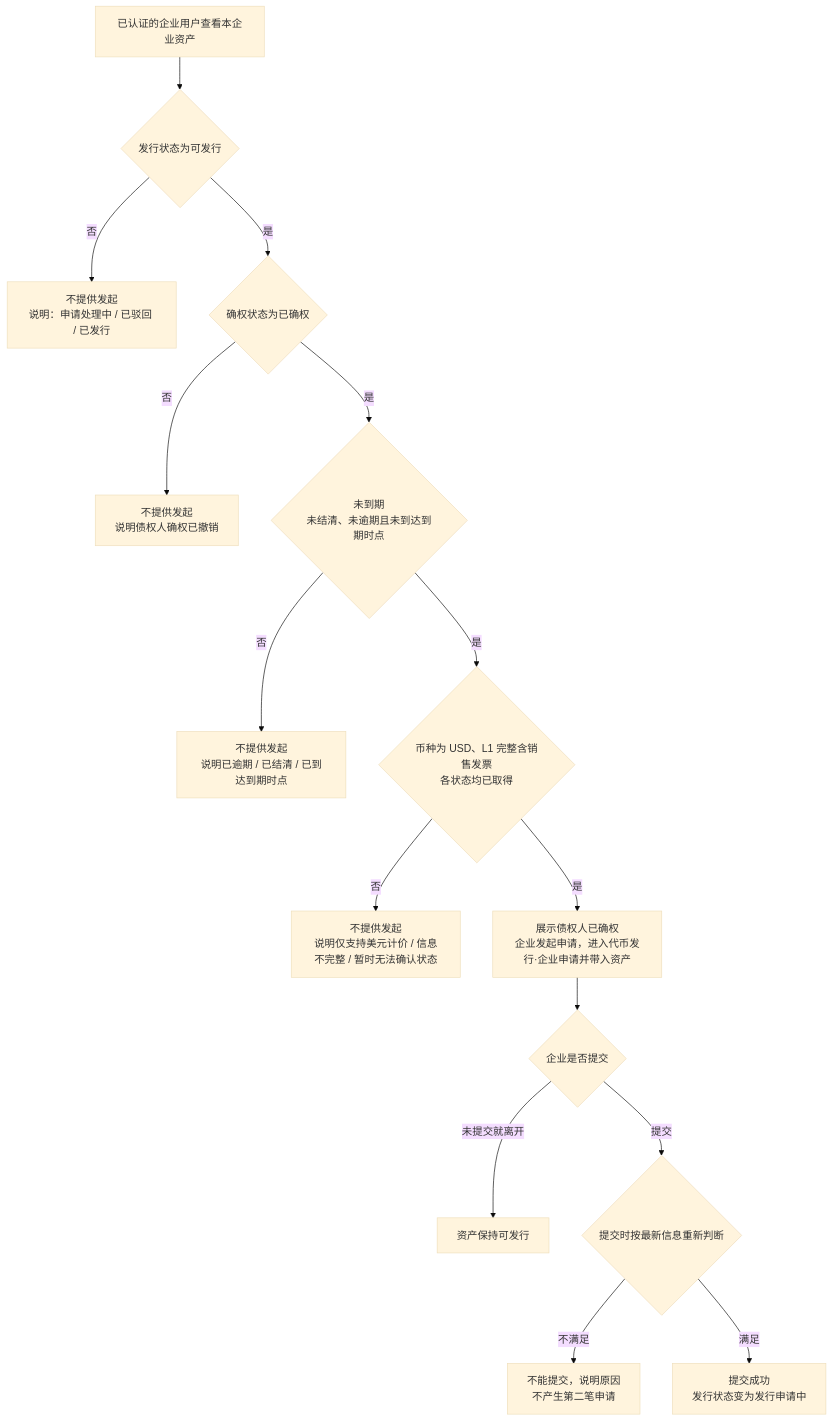
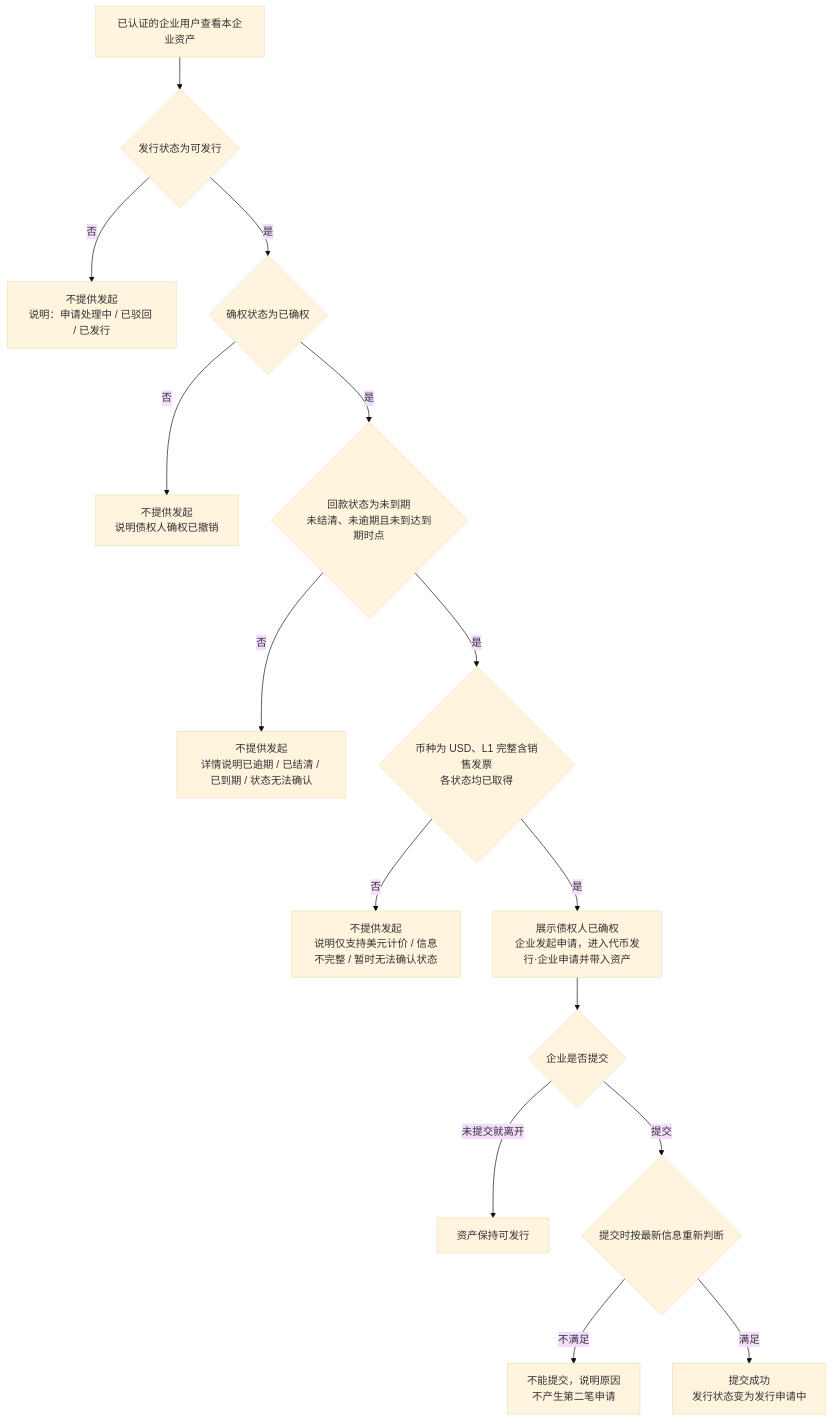
One commit to wxblockchain/Chain-Financing changed the fifth of 6 diagrams in token-issuance-platform/PRD/v1.0-可信资产-流程图与状态机.md. Above: the diagram before and after it, drawn with Mermaid (base theme). The commit also changed other lines of this file and 2 other files, not shown here.

````diff
--- a/token-issuance-platform/PRD/v1.0-可信资产-流程图与状态机.md
+++ b/token-issuance-platform/PRD/v1.0-可信资产-流程图与状态机.md
@@ -90,17 +88,17 @@
 ```mermaid
 flowchart TD
     A[已认证的企业用户查看本企业资产] --> B{发行状态为可发行}
     B -->|否| X[不提供发起<br/>说明：申请处理中 / 已驳回 / 已发行]
     B -->|是| C{确权状态为已确权}
     C -->|否| Y[不提供发起<br/>说明债权人确权已撤销]
-    C -->|是| D{未到期<br/>未结清、未逾期且未到达到期时点}
-    D -->|否| Z[不提供发起<br/>说明已逾期 / 已结清 / 已到达到期时点]
+    C -->|是| D{回款状态为未到期<br/>未结清、未逾期且未到达到期时点}
+    D -->|否| Z[不提供发起<br/>详情说明已逾期 / 已结清 / 已到期 / 状态无法确认]
     D -->|是| E{币种为 USD、L1 完整含销售发票<br/>各状态均已取得}
     E -->|否| W[不提供发起<br/>说明仅支持美元计价 / 信息不完整 / 暂时无法确认状态]
     E -->|是| F[展示债权人已确权<br/>企业发起申请，进入代币发行·企业申请并带入资产]
     F --> G{企业是否提交}
     G -->|未提交就离开| H[资产保持可发行]
     G -->|提交| I{提交时按最新信息重新判断}
     I -->|不满足| J[不能提交，说明原因<br/>不产生第二笔申请]
     I -->|满足| K[提交成功<br/>发行状态变为发行申请中]
 ```
````
